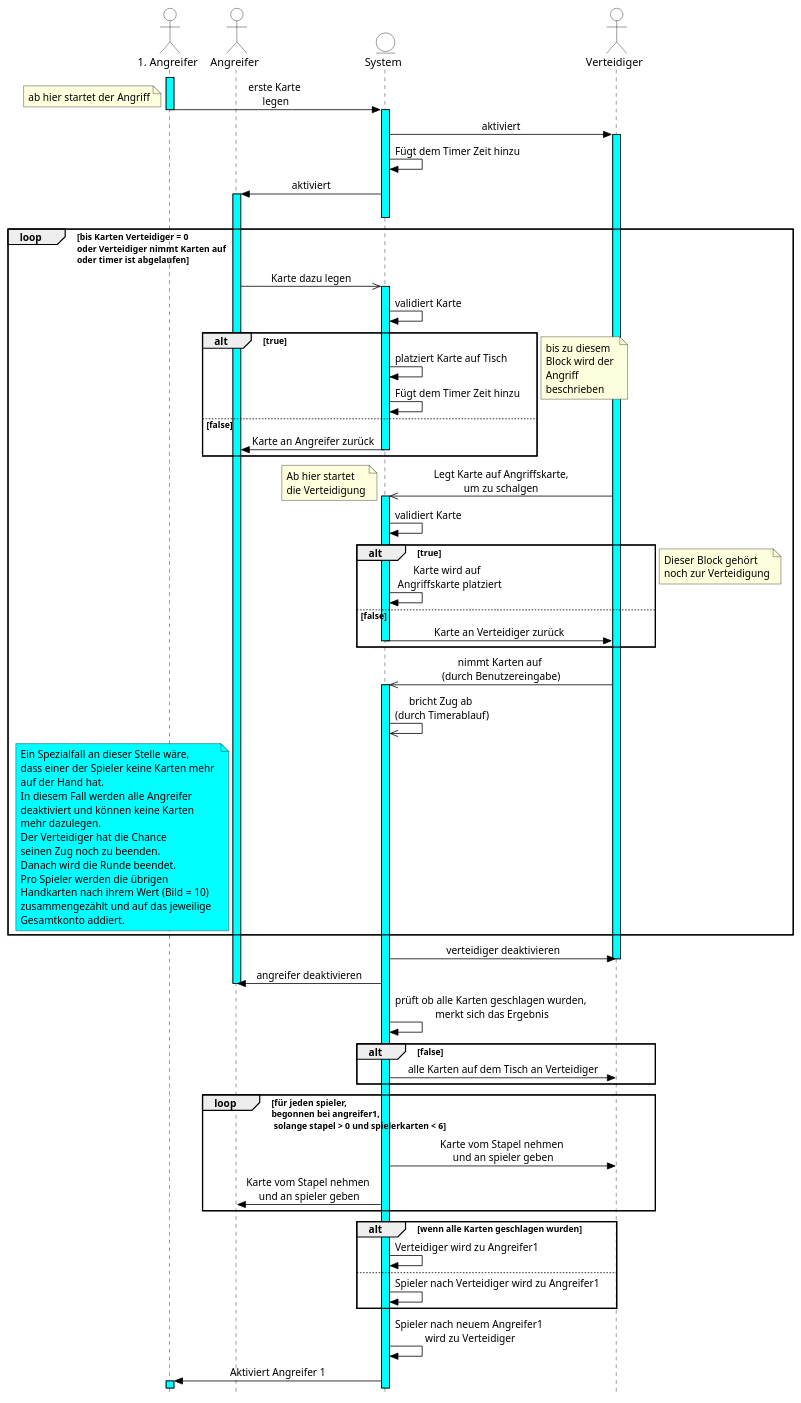
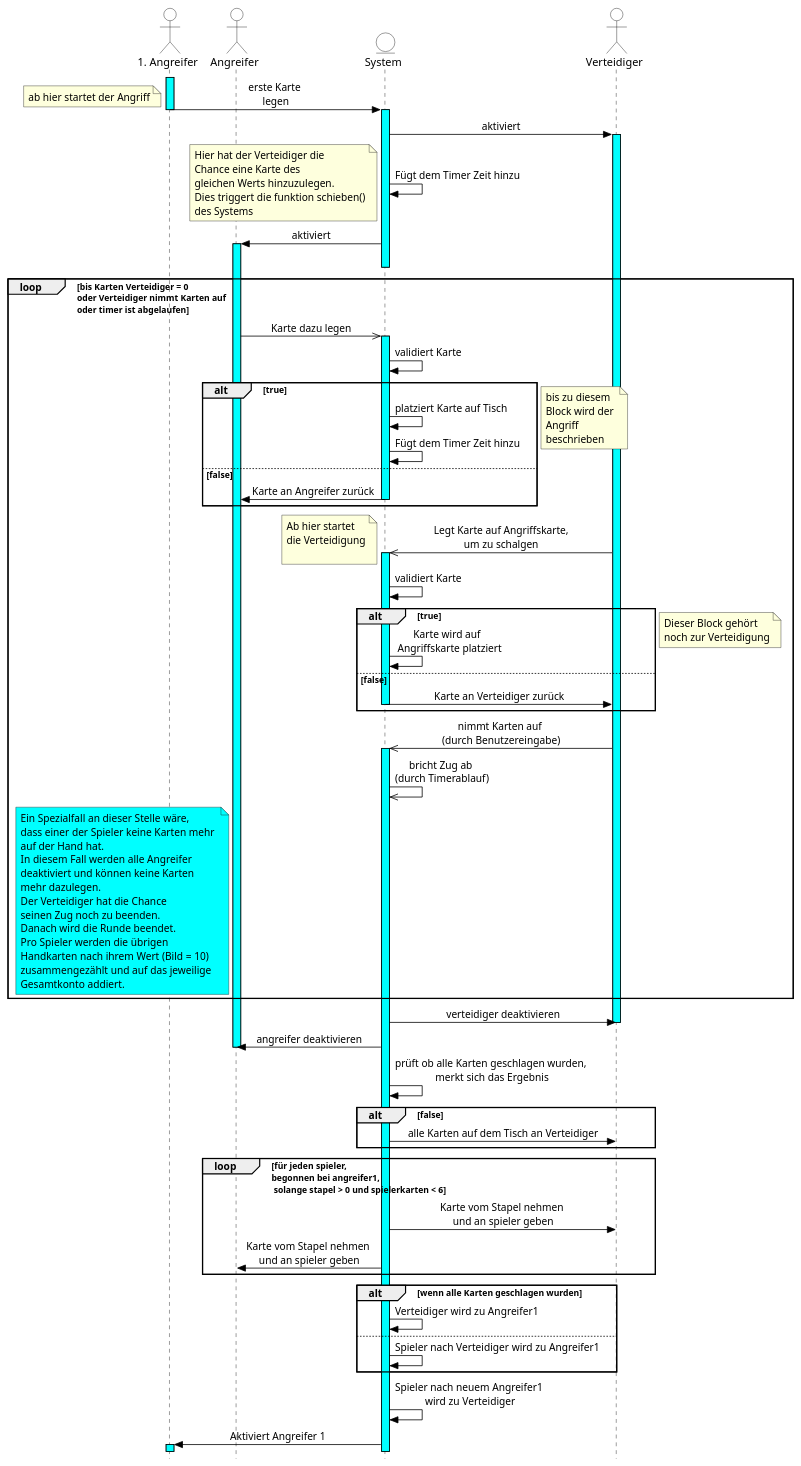
Before and after one commit to DerLurchi/Durak: the diagram in Sequenzdiagramm/Sequenzdiagramm_Zug.puml, drawn with PlantUML. The commit also changed 2 other files, not shown here.

Commit message:
schieben und validieren eingebaut

```diff
--- a/Sequenzdiagramm/Sequenzdiagramm_Zug.puml
+++ b/Sequenzdiagramm/Sequenzdiagramm_Zug.puml
@@ -1,128 +1,135 @@
 @startuml Durak Zug
 
 skinparam {
     Style strictuml
 
     ArrowColor black
     ActorBorderColor black
     ActorBackgroundColor white
     ActorFontColor black
 
     EntityBackgroundColor lawnGreen
     EntityBackgroundColor white
     EntityBorderColor black
 
     SequenceMessageAlignment center 
 }
 
 skinparam sequence {
     LifeLineBorderColor black
     LifeLineBackgroundColor #aqua
 }
 
 skinparam Shadowing false
 
 '-----------------------------------------------------
 
 actor "1. Angreifer" as a1
 actor "Angreifer" as a
 entity System as sys
 actor Verteidiger as v
 
 '-----------------------------------------------------
 activate a1
 a1 -> sys --++: erste Karte \nlegen
 note left: ab hier startet der Angriff
 
 
 sys -> v ++ : aktiviert
 sys -> sys : Fügt dem Timer Zeit hinzu
+note left  
+Hier hat der Verteidiger die 
+Chance eine Karte des 
+gleichen Werts hinzuzulegen.
+Dies triggert die funktion schieben()
+des Systems
+end note
 sys -> a ++-- : aktiviert
 
 
 loop bis Karten Verteidiger = 0 \noder Verteidiger nimmt Karten auf \noder timer ist abgelaufen
     
     a ->> sys ++: Karte dazu legen
 
     sys -> sys : validiert Karte
 
     alt true
 
         sys -> sys : platziert Karte auf Tisch
         sys -> sys : Fügt dem Timer Zeit hinzu
 
     else false
 
         sys -> a --: Karte an Angreifer zurück
 
     end
     note left: bis zu diesem \nBlock wird der \nAngriff \nbeschrieben
 
     v ->> sys ++ : Legt Karte auf Angriffskarte,\num zu schalgen
-    note left: Ab hier startet \ndie Verteidigung
+    note left: Ab hier startet \ndie Verteidigung\n
 
     sys -> sys : validiert Karte
 
     alt true
 
         sys -> sys : Karte wird auf \n Angriffskarte platziert
 
     else false
 
         sys -> v -- : Karte an Verteidiger zurück
 
     end
     note left: Dieser Block gehört \nnoch zur Verteidigung
 
     v ->> sys ++ : nimmt Karten auf \n(durch Benutzereingabe)
     sys ->> sys: bricht Zug ab \n(durch Timerablauf)
     note left of a #aqua
     Ein Spezialfall an dieser Stelle wäre,
     dass einer der Spieler keine Karten mehr 
     auf der Hand hat.
     In diesem Fall werden alle Angreifer 
     deaktiviert und können keine Karten 
     mehr dazulegen.
     Der Verteidiger hat die Chance 
     seinen Zug noch zu beenden.
     Danach wird die Runde beendet.
     Pro Spieler werden die übrigen 
     Handkarten nach ihrem Wert (Bild = 10) 
     zusammengezählt und auf das jeweilige 
     Gesamtkonto addiert.
     end note
 
 end
 
 
 sys -> v : verteidiger deaktivieren
 deactivate v
 sys -> a : angreifer deaktivieren
 deactivate a
 
 sys -> sys : prüft ob alle Karten geschlagen wurden, \nmerkt sich das Ergebnis
 
 alt false
 
     sys -> v : alle Karten auf dem Tisch an Verteidiger
 
 end
 
 loop für jeden spieler, \nbegonnen bei angreifer1, \n solange stapel > 0 und spielerkarten < 6
     sys -> v : Karte vom Stapel nehmen \nund an spieler geben
     sys -> a : Karte vom Stapel nehmen \nund an spieler geben
 end
 
 alt wenn alle Karten geschlagen wurden
     sys -> sys : Verteidiger wird zu Angreifer1
 
 else
     sys -> sys : Spieler nach Verteidiger wird zu Angreifer1
 end
 
 sys -> sys : Spieler nach neuem Angreifer1 \nwird zu Verteidiger
 
 sys -> a1 ++ : Aktiviert Angreifer 1
 
 
 @enduml
```
